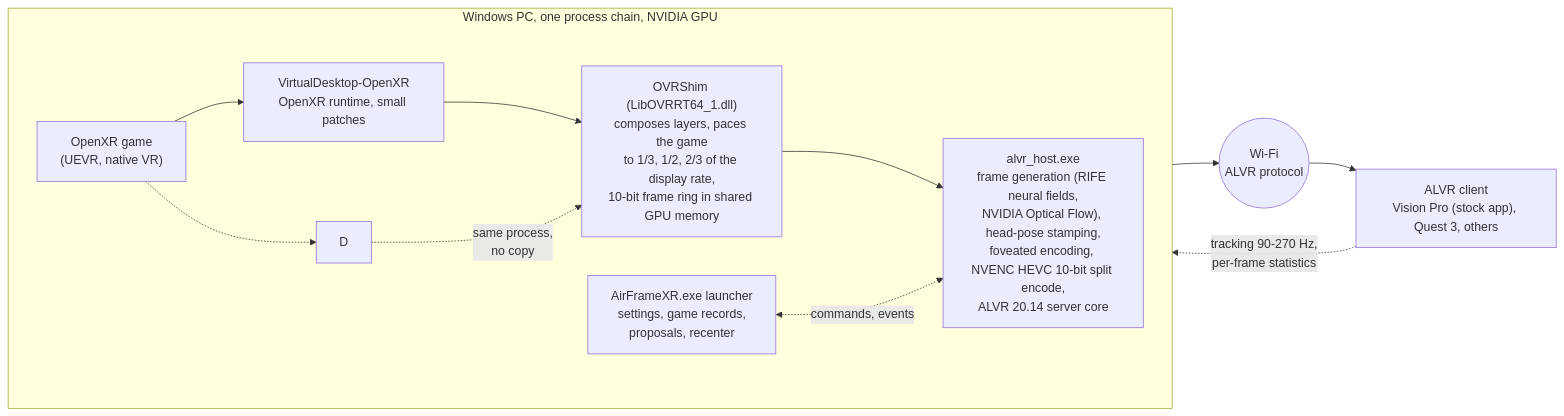
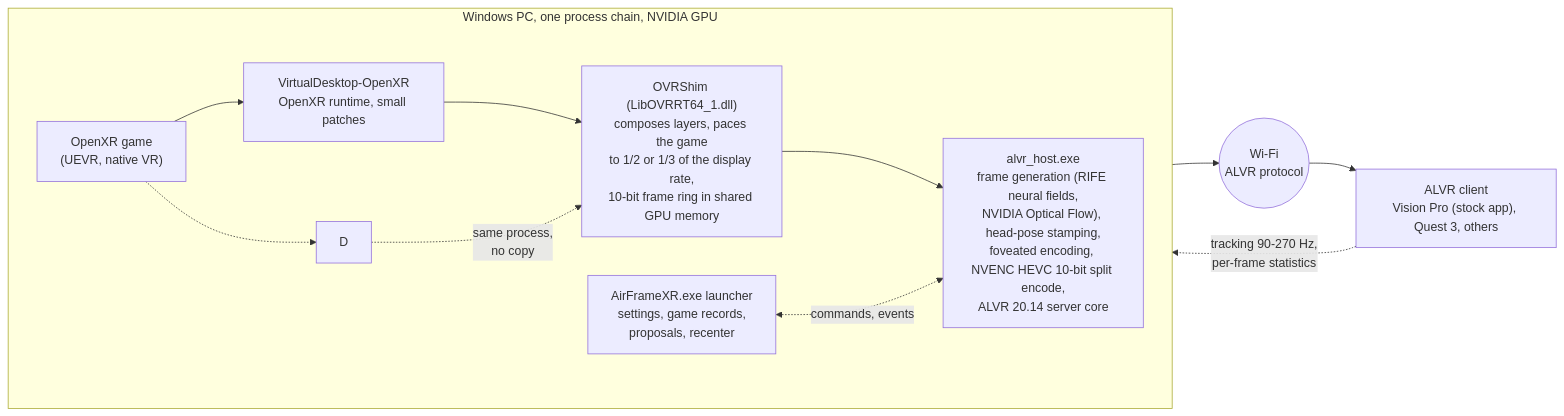
One commit to jfbobier/AirFrameXR changed the diagram in README.md. Above: the diagram before and after it, drawn with Mermaid. The commit also changed other lines of this file and 62 other files, not shown here.

````diff
--- a/README.md
+++ b/README.md
@@ -105,18 +105,18 @@
 ```mermaid
 flowchart LR
     subgraph PC["Windows PC, one process chain, NVIDIA GPU"]
         direction LR
         G["OpenXR game<br/>(UEVR, native VR)"]
         V["VirtualDesktop-OpenXR<br/>OpenXR runtime, small patches"]
-        S["OVRShim (LibOVRRT64_1.dll)<br/>composes layers, paces the game<br/>to 1/3, 1/2, 2/3 of the display rate,<br/>10-bit frame ring in shared GPU memory"]
+        S["OVRShim (LibOVRRT64_1.dll)<br/>composes layers, paces the game<br/>to 1/2 or 1/3 of the display rate,<br/>10-bit frame ring in shared GPU memory"]
         H["alvr_host.exe<br/>frame generation (RIFE neural fields,<br/>NVIDIA Optical Flow), head-pose stamping,<br/>foveated encoding, NVENC HEVC 10-bit split encode,<br/>ALVR 20.14 server core"]
         L["AirFrameXR.exe launcher<br/>settings, game records,<br/>proposals, recenter"]
         G --> V --> S --> H
         G -.-> D -.->|same process,<br/>no copy| S
         L <-.->|commands, events| H
     end
     W(("Wi-Fi<br/>ALVR protocol"))
     C["ALVR client<br/>Vision Pro (stock app), Quest 3, others"]
     H --> W --> C
     C -.->|tracking 90-270 Hz,<br/>per-frame statistics| H
 ```
````
